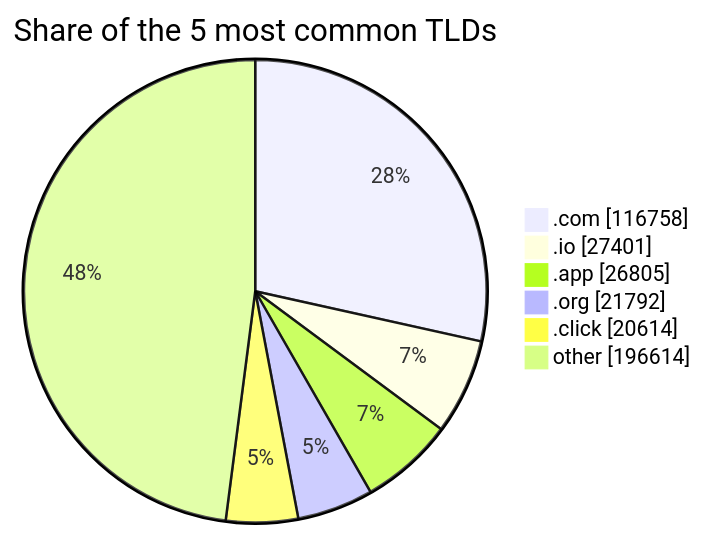
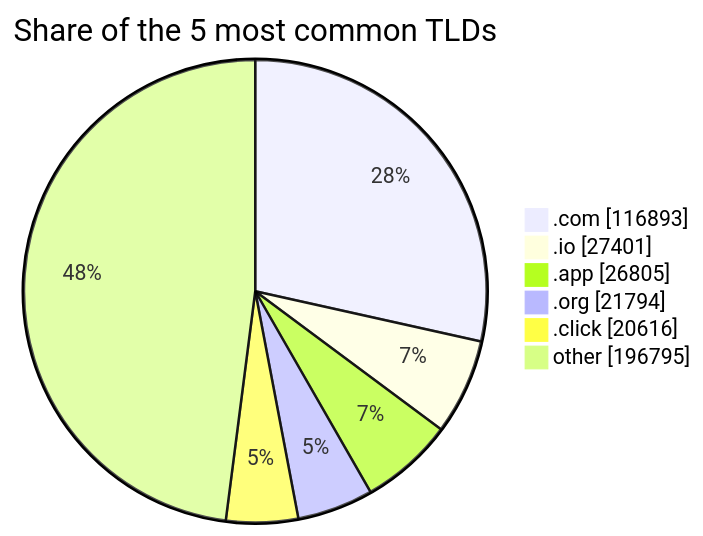
Before and after one commit to DNSBunker/CTI: the third of 3 diagrams in README.md, drawn with Mermaid. The commit also changed other lines of this file and 3 other files, not shown here.

````diff
--- a/README.md
+++ b/README.md
@@ -81,9 +81,9 @@
 ```mermaid
 pie showData title Share of the 5 most common TLDs
-    ".com" : 116758
+    ".com" : 116893
     ".io" : 27401
     ".app" : 26805
-    ".org" : 21792
-    ".click" : 20614
-    "other" : 196614
+    ".org" : 21794
+    ".click" : 20616
+    "other" : 196795
 ```
````
